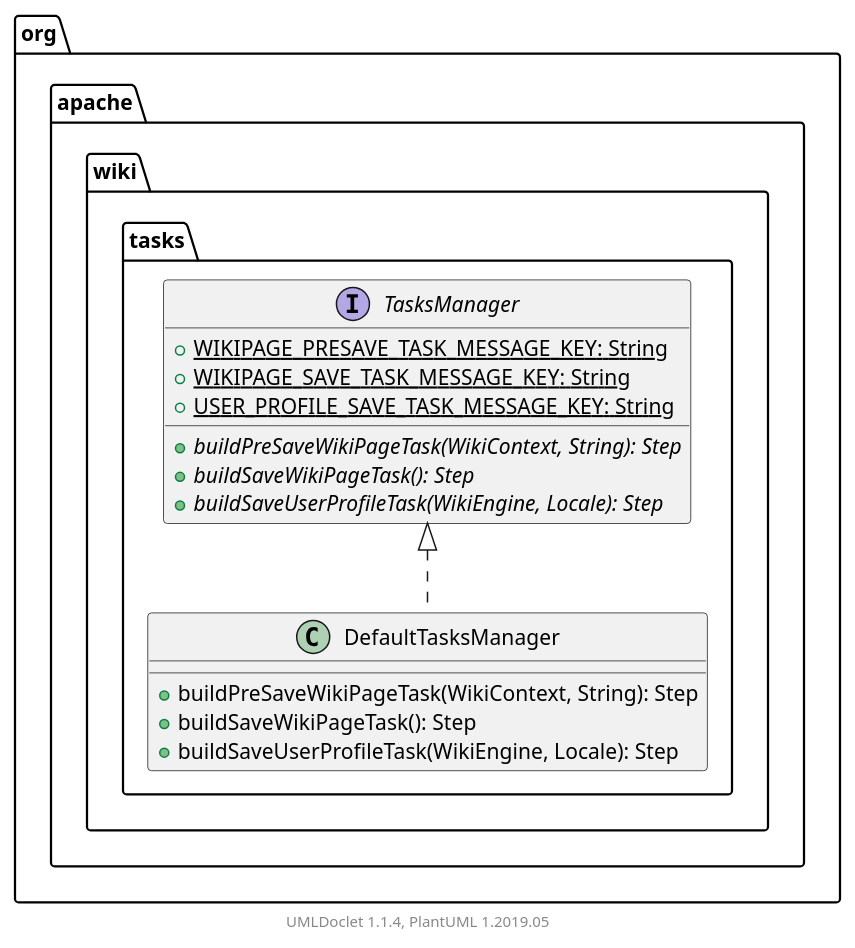
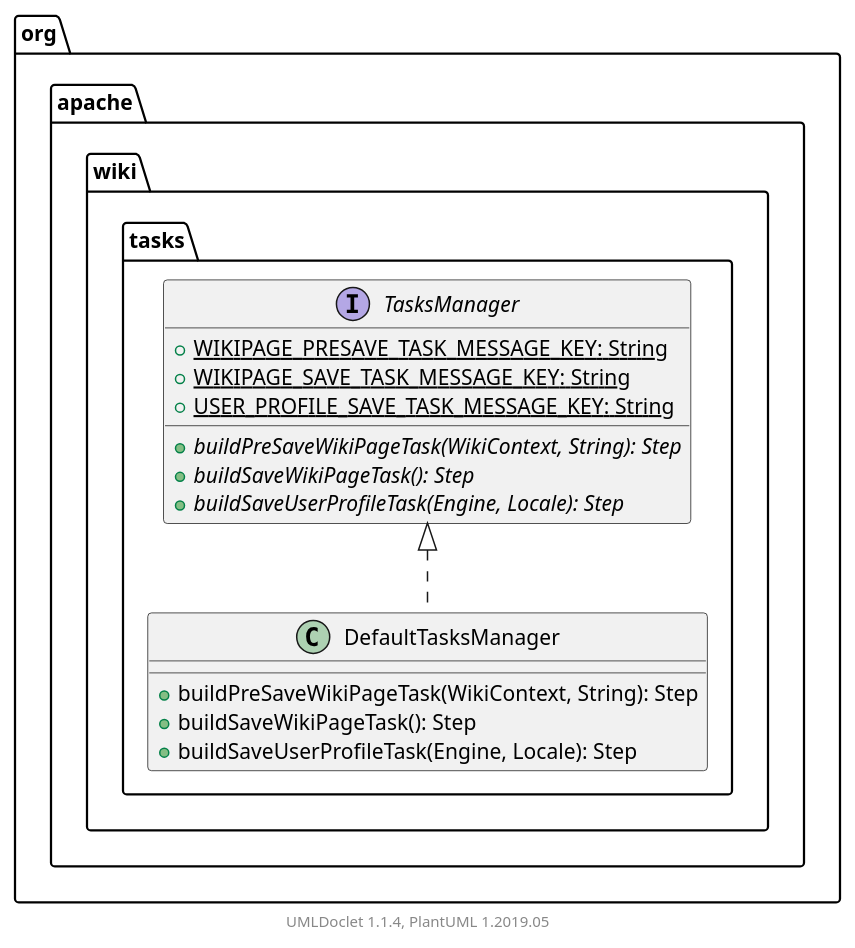
One commit to apache/jspwiki-site changed the diagram in apidocs/2.11.0.M7-SNAPSHOT/org/apache/wiki/tasks/package.puml. Above: the diagram before and after it, drawn with PlantUML. The commit also changed 1463 other files, not shown here.

```diff
--- a/apidocs/2.11.0.M7-SNAPSHOT/org/apache/wiki/tasks/package.puml
+++ b/apidocs/2.11.0.M7-SNAPSHOT/org/apache/wiki/tasks/package.puml
@@ -1,26 +1,26 @@
 @startuml
 
     namespace org.apache.wiki.tasks {
 
         interface TasksManager [[TasksManager.html]] {
             {static} +WIKIPAGE_PRESAVE_TASK_MESSAGE_KEY: String
             {static} +WIKIPAGE_SAVE_TASK_MESSAGE_KEY: String
             {static} +USER_PROFILE_SAVE_TASK_MESSAGE_KEY: String
             {abstract} +buildPreSaveWikiPageTask(WikiContext, String): Step
             {abstract} +buildSaveWikiPageTask(): Step
-            {abstract} +buildSaveUserProfileTask(WikiEngine, Locale): Step
+            {abstract} +buildSaveUserProfileTask(Engine, Locale): Step
         }
 
         class DefaultTasksManager [[DefaultTasksManager.html]] {
             +buildPreSaveWikiPageTask(WikiContext, String): Step
             +buildSaveWikiPageTask(): Step
-            +buildSaveUserProfileTask(WikiEngine, Locale): Step
+            +buildSaveUserProfileTask(Engine, Locale): Step
         }
 
         TasksManager <|.. DefaultTasksManager
 
     }
 
 
     center footer UMLDoclet 1.1.4, PlantUML 1.2019.05
 @enduml
```
